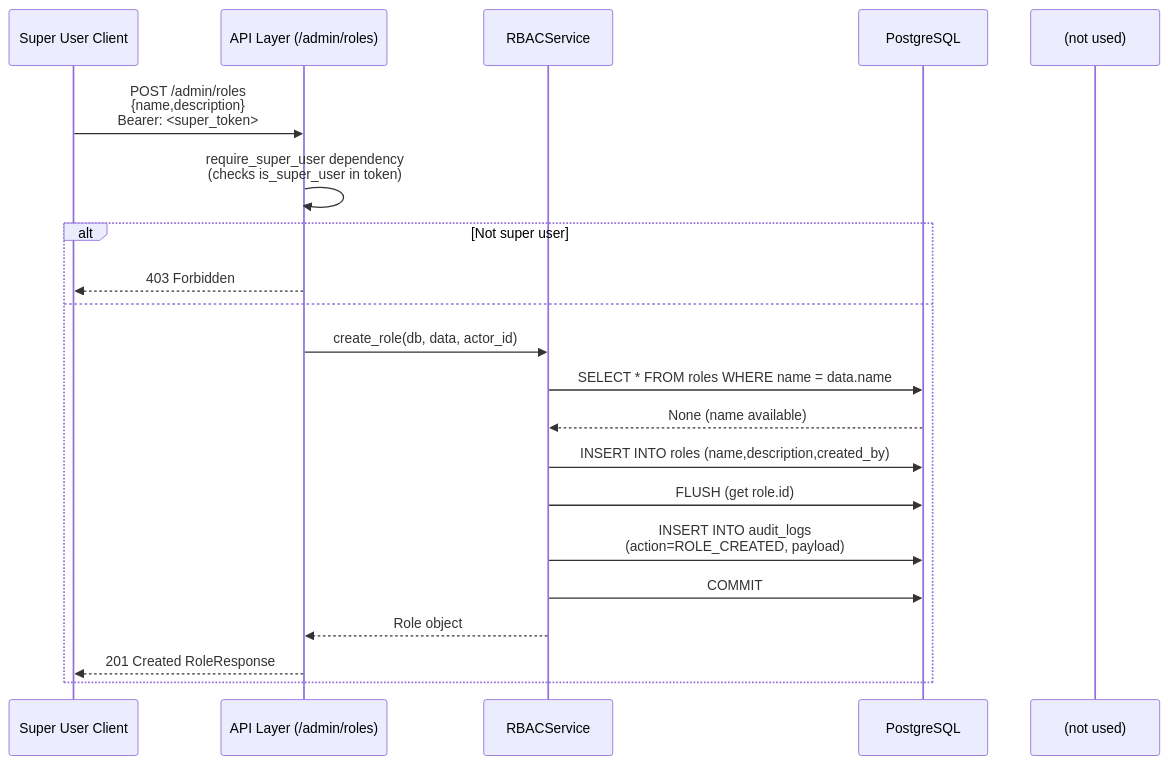
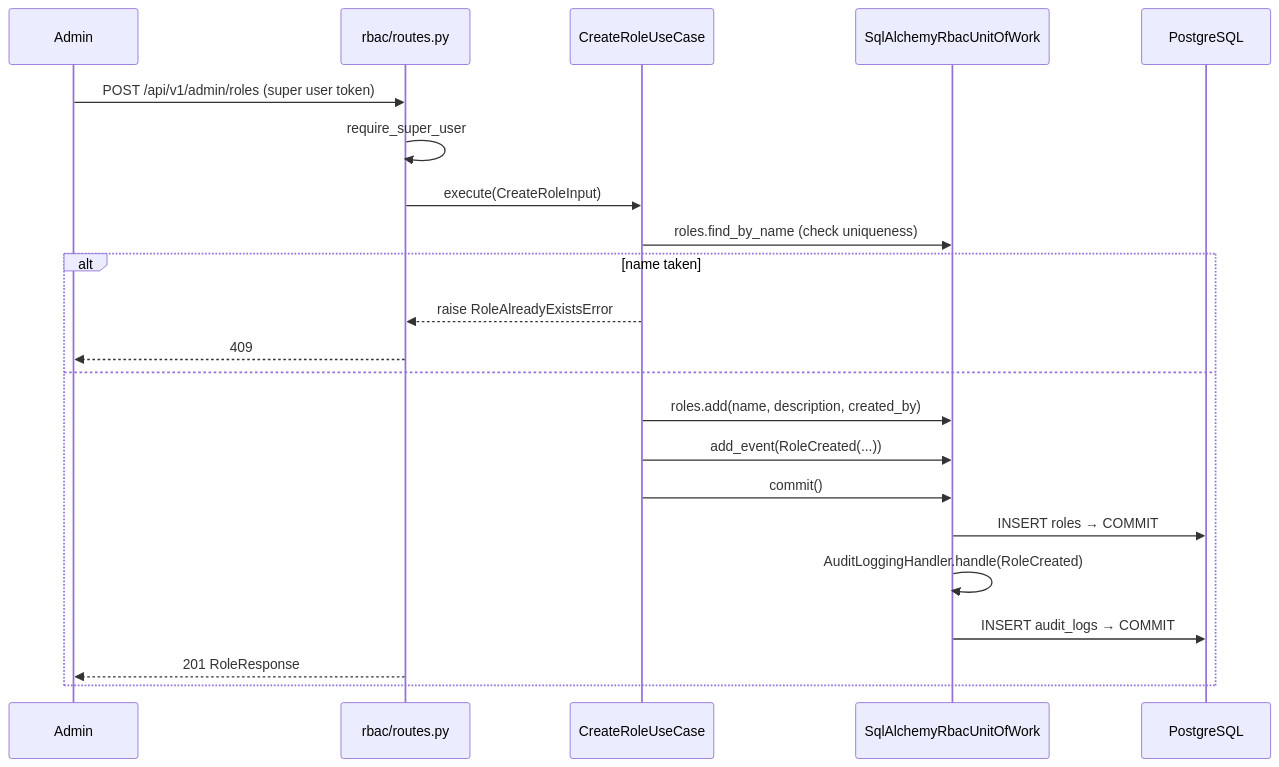
Before and after one commit to anaswaleedtahir/kosmos-ecommerce: the sixth of 10 diagrams in docs/09-sequence-diagrams.md, drawn with Mermaid. The commit also changed other lines of this file and 7 other files, not shown here.

First line of the commit message:
docs: update all docs to reflect hexagonal architecture

````diff
--- a/docs/09-sequence-diagrams.md
+++ b/docs/09-sequence-diagrams.md
@@ -238,24 +169,25 @@
 ```mermaid
 sequenceDiagram
-    participant SuperUser as Super User Client
-    participant API as API Layer (/admin/roles)
-    participant Service as RBACService
+    participant Admin
+    participant Route as rbac/routes.py
+    participant UC as CreateRoleUseCase
+    participant UoW as SqlAlchemyRbacUnitOfWork
     participant DB as PostgreSQL
-    participant Redis as (not used)
 
-    SuperUser->>API: POST /admin/roles<br/>{name,description}<br/>Bearer: <super_token>
-    API->>API: require_super_user dependency<br/>(checks is_super_user in token)
-    alt Not super user
-        API-->>SuperUser: 403 Forbidden
+    Admin->>Route: POST /api/v1/admin/roles (super user token)
+    Route->>Route: require_super_user
+    Route->>UC: execute(CreateRoleInput)
+    UC->>UoW: roles.find_by_name (check uniqueness)
+    alt name taken
+        UC-->>Route: raise RoleAlreadyExistsError
+        Route-->>Admin: 409
     else
-        API->>Service: create_role(db, data, actor_id)
-        Service->>DB: SELECT * FROM roles WHERE name = data.name
-        DB-->>Service: None (name available)
-        Service->>DB: INSERT INTO roles (name,description,created_by)
-        Service->>DB: FLUSH (get role.id)
-        Service->>DB: INSERT INTO audit_logs<br/>(action=ROLE_CREATED, payload)
-        Service->>DB: COMMIT
-        Service-->>API: Role object
-        API-->>SuperUser: 201 Created RoleResponse
+        UC->>UoW: roles.add(name, description, created_by)
+        UC->>UoW: add_event(RoleCreated(...))
+        UC->>UoW: commit()
+        UoW->>DB: INSERT roles → COMMIT
+        UoW->>UoW: AuditLoggingHandler.handle(RoleCreated)
+        UoW->>DB: INSERT audit_logs → COMMIT
+        Route-->>Admin: 201 RoleResponse
     end
 ```
````
